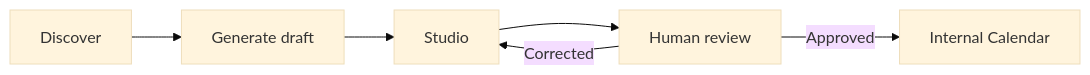
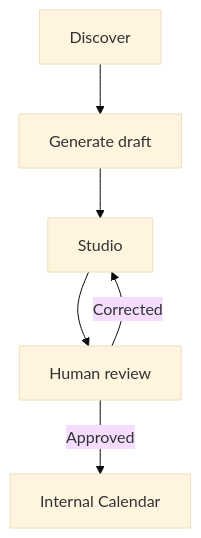
One commit to lameessa/ATIA changed the first of 2 diagrams in README.md. Above: the diagram before and after it, drawn with Mermaid (base theme).

Commit message:
Use a vertical workflow diagram so GitHub controls stay clear of it

````diff
--- a/README.md
+++ b/README.md
@@ -34,8 +34,8 @@
 ```mermaid
-flowchart LR
+flowchart TB
     A[Discover] --> B[Generate draft]
     B --> C[Studio]
     C --> D[Human review]
     D -->|Approved| E[Internal Calendar]
     D -->|Corrected| C
 ```
````
